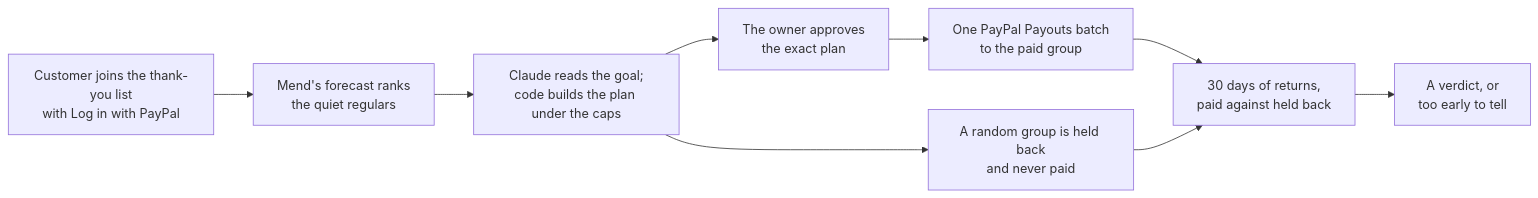
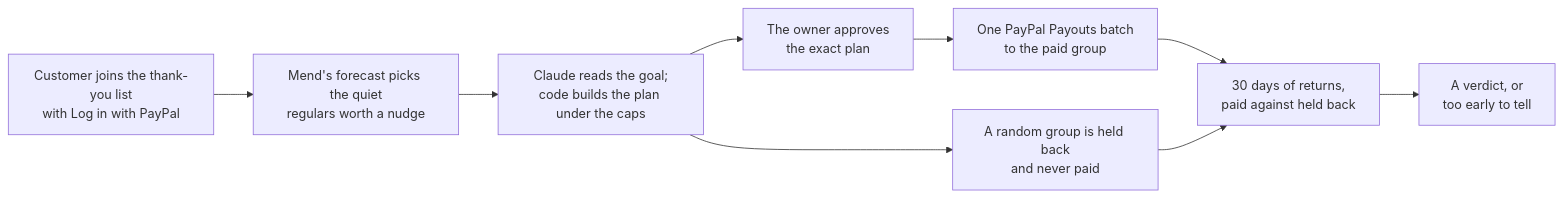
Before and after one commit to ramakrishnanhulk20/Mend: the diagram in packages/web/content/docs/concepts/how-it-works.mdx, drawn with Mermaid. The commit also changed other lines of this file and 8 other files, not shown here.

````diff
--- a/packages/web/content/docs/concepts/how-it-works.mdx
+++ b/packages/web/content/docs/concepts/how-it-works.mdx
@@ -8,11 +8,11 @@
 ```mermaid
 flowchart LR
-  Join["Customer joins the thank-you list<br/>with Log in with PayPal"] --> Rank["Mend's forecast ranks<br/>the quiet regulars"]
+  Join["Customer joins the thank-you list<br/>with Log in with PayPal"] --> Rank["Mend's forecast picks the quiet<br/>regulars worth a nudge"]
   Rank --> Plan["Claude reads the goal;<br/>code builds the plan under the caps"]
   Plan --> Approve["The owner approves<br/>the exact plan"]
   Approve --> Pay["One PayPal Payouts batch<br/>to the paid group"]
   Plan --> Hold["A random group is held back<br/>and never paid"]
   Pay --> Measure["30 days of returns,<br/>paid against held back"]
   Hold --> Measure
   Measure --> Verdict["A verdict, or<br/>too early to tell"]
 ```
````
